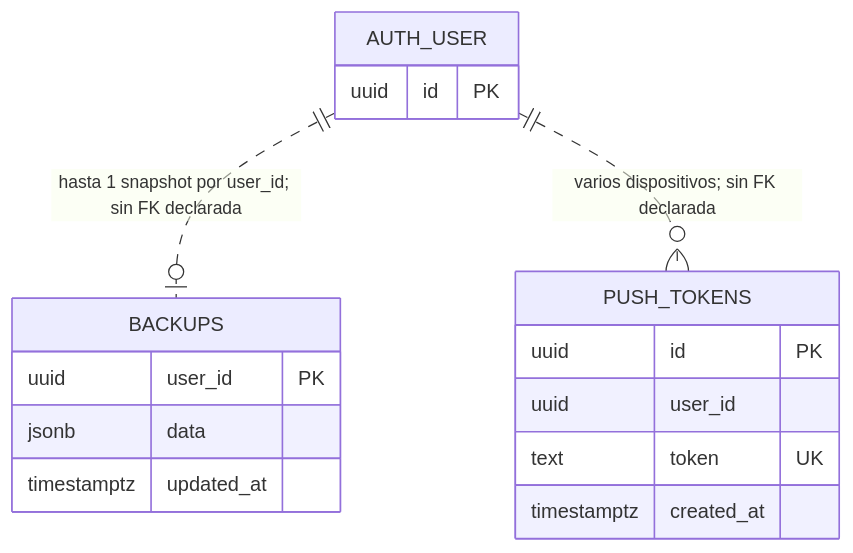
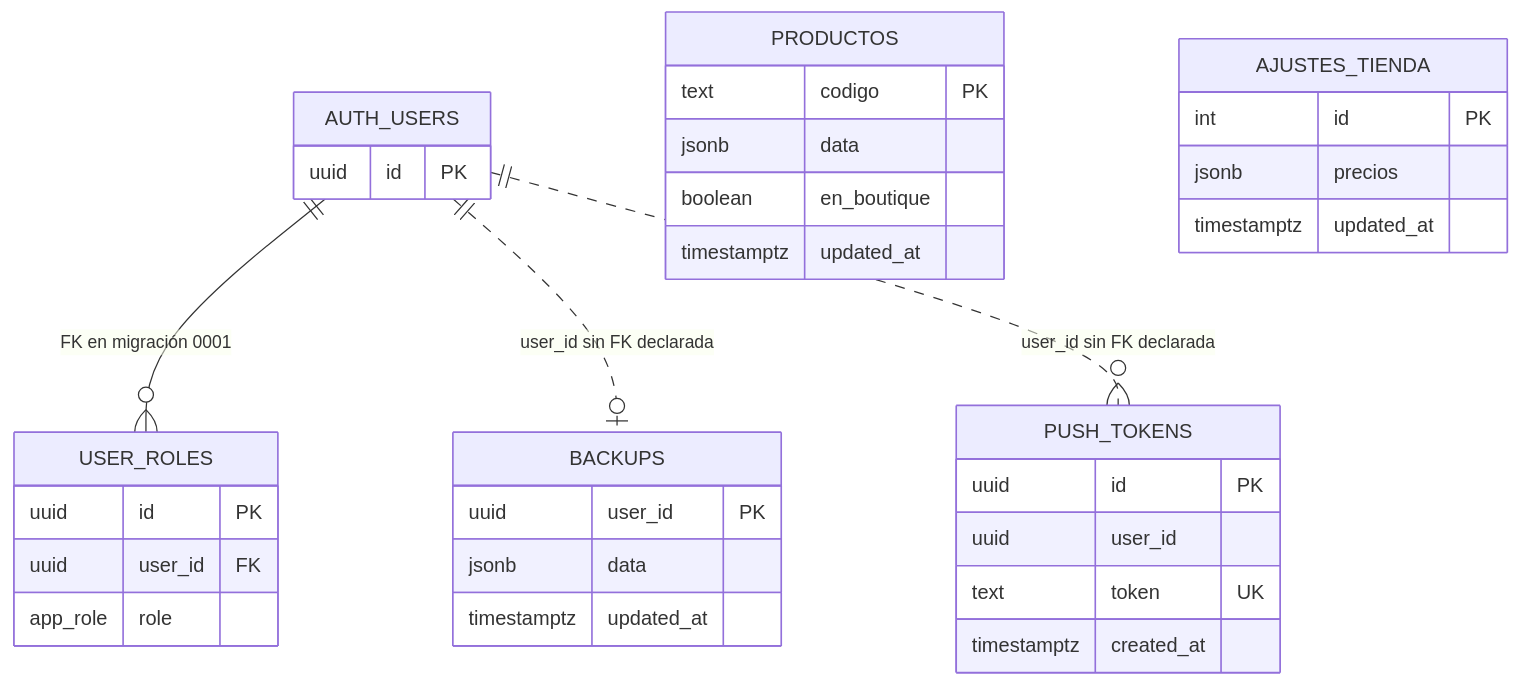
The first of 4 diagrams in docs/tecnica/03-persistencia-y-sincronizacion.md (NicoCG32/Bodega-PaMaRa), drawn with Mermaid before and after one commit. The commit also changed other lines of this file and 2 other files, not shown here.

Commit message:
docs: corregir arquitectura, tablas reales, sincronización y seguridad de Boutique

````diff
--- a/docs/tecnica/03-persistencia-y-sincronizacion.md
+++ b/docs/tecnica/03-persistencia-y-sincronizacion.md
@@ -20,19 +20,36 @@
 ```mermaid
 erDiagram
-  AUTH_USER ||..o| BACKUPS : "hasta 1 snapshot por user_id; sin FK declarada"
-  AUTH_USER ||..o{ PUSH_TOKENS : "varios dispositivos; sin FK declarada"
-  BACKUPS {
-    uuid user_id PK
-    jsonb data
-    timestamptz updated_at
-  }
-  PUSH_TOKENS {
-    uuid id PK
-    uuid user_id
-    text token UK
-    timestamptz created_at
-  }
-  AUTH_USER {
-    uuid id PK
-  }
+    AUTH_USERS ||--o{ USER_ROLES : "FK en migración 0001"
+    AUTH_USERS ||..o| BACKUPS : "user_id sin FK declarada"
+    AUTH_USERS ||..o{ PUSH_TOKENS : "user_id sin FK declarada"
+    USER_ROLES {
+      uuid id PK
+      uuid user_id FK
+      app_role role
+    }
+    BACKUPS {
+      uuid user_id PK
+      jsonb data
+      timestamptz updated_at
+    }
+    PUSH_TOKENS {
+      uuid id PK
+      uuid user_id
+      text token UK
+      timestamptz created_at
+    }
+    PRODUCTOS {
+      text codigo PK
+      jsonb data
+      boolean en_boutique
+      timestamptz updated_at
+    }
+    AJUSTES_TIENDA {
+      int id PK
+      jsonb precios
+      timestamptz updated_at
+    }
+    AUTH_USERS {
+      uuid id PK
+    }
 ```
````
